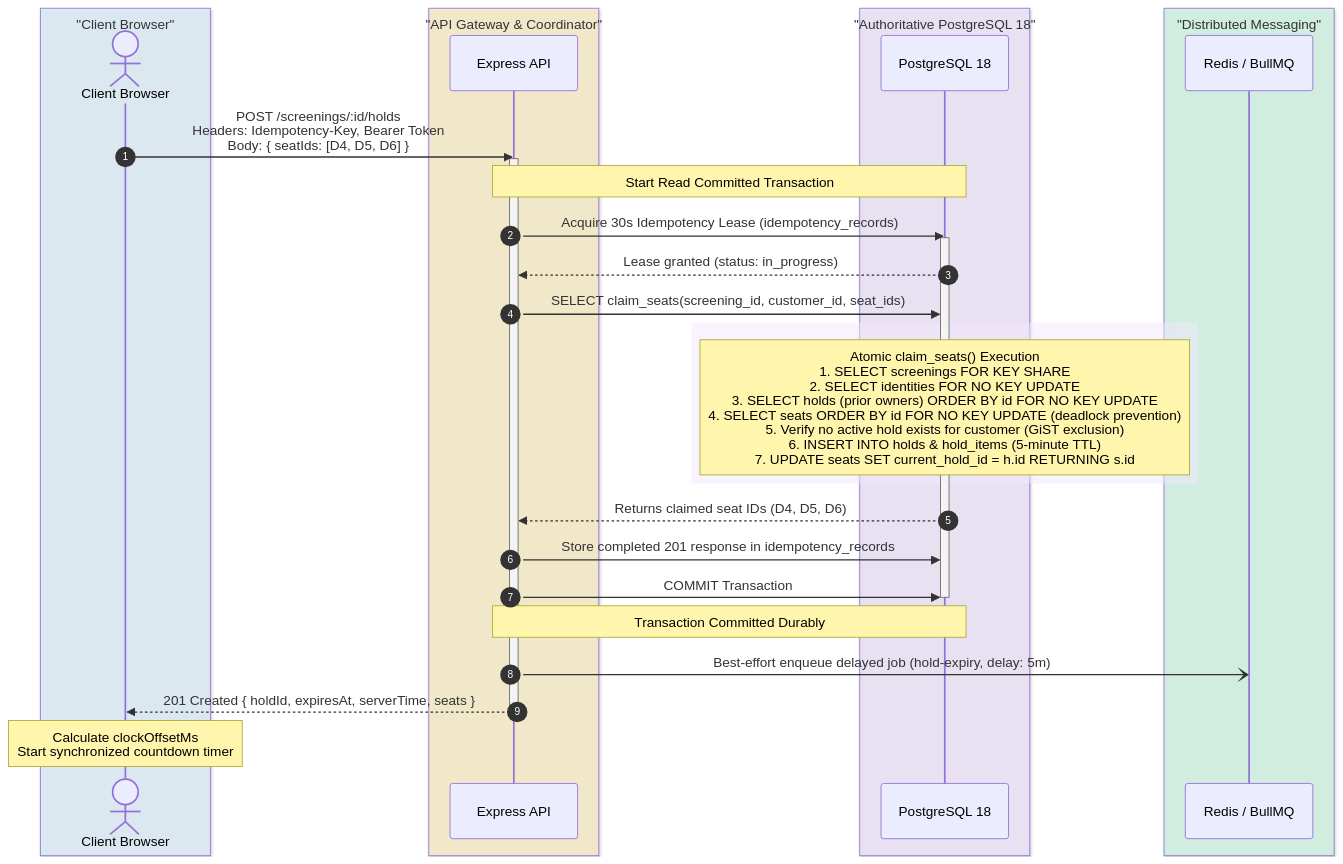
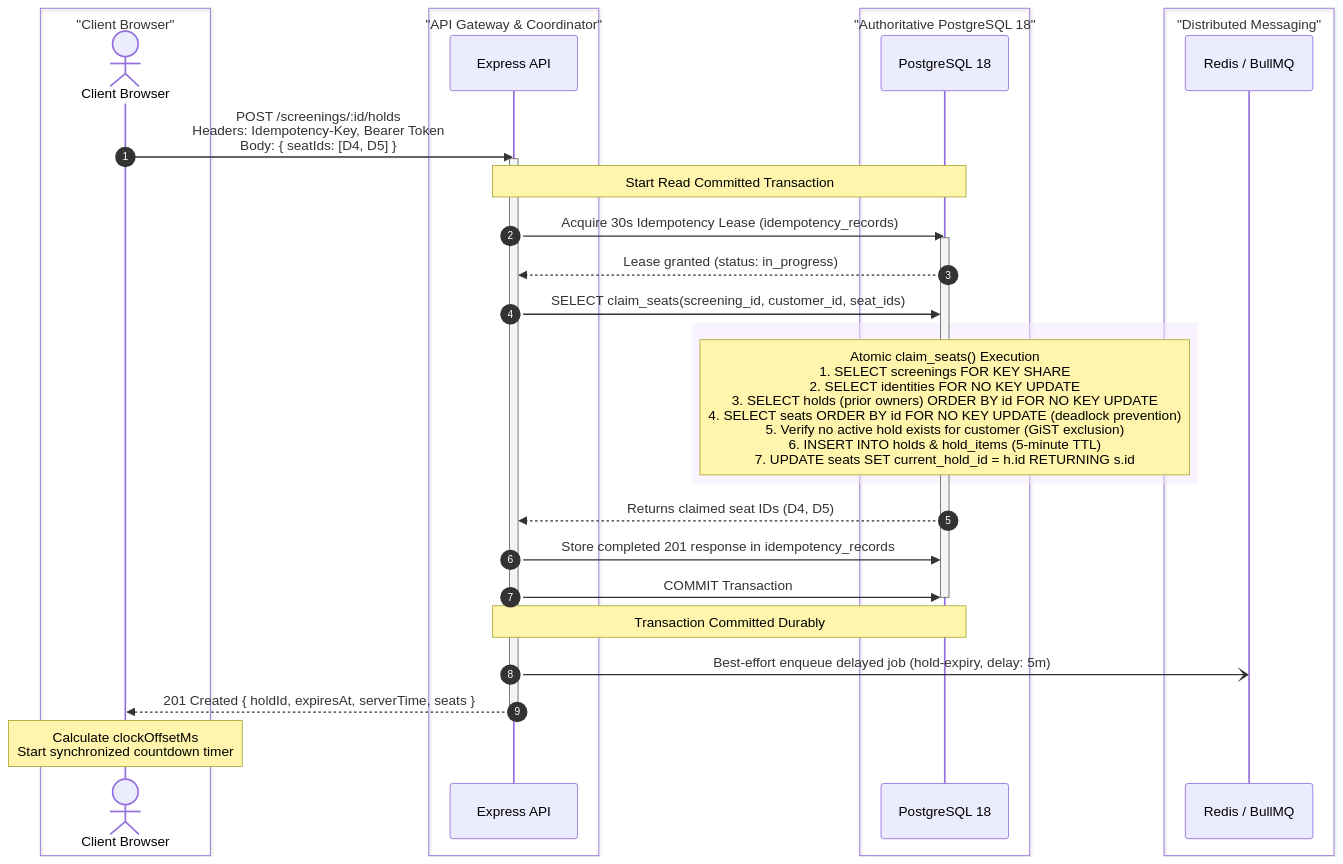
One commit to YuvvrajSingh/seat-rush changed the third of 4 diagrams in docs/ARCHITECTURE_AND_USER_GUIDE.md. Above: the diagram before and after it, drawn with Mermaid. The commit also changed other lines of this file and 17 other files, not shown here.

Commit message:
docs: apply zero-drift fixes, elevate Mermaid diagrams with failure branches, and reshoot production screenshots

````diff
--- a/docs/ARCHITECTURE_AND_USER_GUIDE.md
+++ b/docs/ARCHITECTURE_AND_USER_GUIDE.md
@@ -379,38 +411,38 @@
 ```mermaid
 sequenceDiagram
     autonumber
-    box rgba(224, 242, 254, 0.7) "Client Browser"
+    box "Client Browser"
         actor User as Client Browser
     end
-    box rgba(254, 243, 199, 0.7) "API Gateway & Coordinator"
+    box "API Gateway & Coordinator"
         participant API as Express API
     end
-    box rgba(243, 232, 255, 0.7) "Authoritative PostgreSQL 18"
+    box "Authoritative PostgreSQL 18"
         participant DB as PostgreSQL 18
     end
-    box rgba(209, 250, 229, 0.7) "Distributed Messaging"
+    box "Distributed Messaging"
         participant Redis as Redis / BullMQ
     end
 
-    User->>API: POST /screenings/:id/holds<br/>Headers: Idempotency-Key, Bearer Token<br/>Body: { seatIds: [D4, D5, D6] }
+    User->>API: POST /screenings/:id/holds<br/>Headers: Idempotency-Key, Bearer Token<br/>Body: { seatIds: [D4, D5] }
     activate API
     Note over API,DB: Start Read Committed Transaction
     API->>DB: Acquire 30s Idempotency Lease (idempotency_records)
     activate DB
     DB-->>API: Lease granted (status: in_progress)
     API->>DB: SELECT claim_seats(screening_id, customer_id, seat_ids)
     
     rect rgba(243, 232, 255, 0.5)
         Note over DB: Atomic claim_seats() Execution<br/>1. SELECT screenings FOR KEY SHARE<br/>2. SELECT identities FOR NO KEY UPDATE<br/>3. SELECT holds (prior owners) ORDER BY id FOR NO KEY UPDATE<br/>4. SELECT seats ORDER BY id FOR NO KEY UPDATE (deadlock prevention)<br/>5. Verify no active hold exists for customer (GiST exclusion)<br/>6. INSERT INTO holds & hold_items (5-minute TTL)<br/>7. UPDATE seats SET current_hold_id = h.id RETURNING s.id
     end
 
-    DB-->>API: Returns claimed seat IDs (D4, D5, D6)
+    DB-->>API: Returns claimed seat IDs (D4, D5)
     API->>DB: Store completed 201 response in idempotency_records
     API->>DB: COMMIT Transaction
     deactivate DB
     Note over API,DB: Transaction Committed Durably
     API-)Redis: Best-effort enqueue delayed job (hold-expiry, delay: 5m)
     API-->>User: 201 Created { holdId, expiresAt, serverTime, seats }
     deactivate API
     Note over User: Calculate clockOffsetMs<br/>Start synchronized countdown timer
 ```
````
